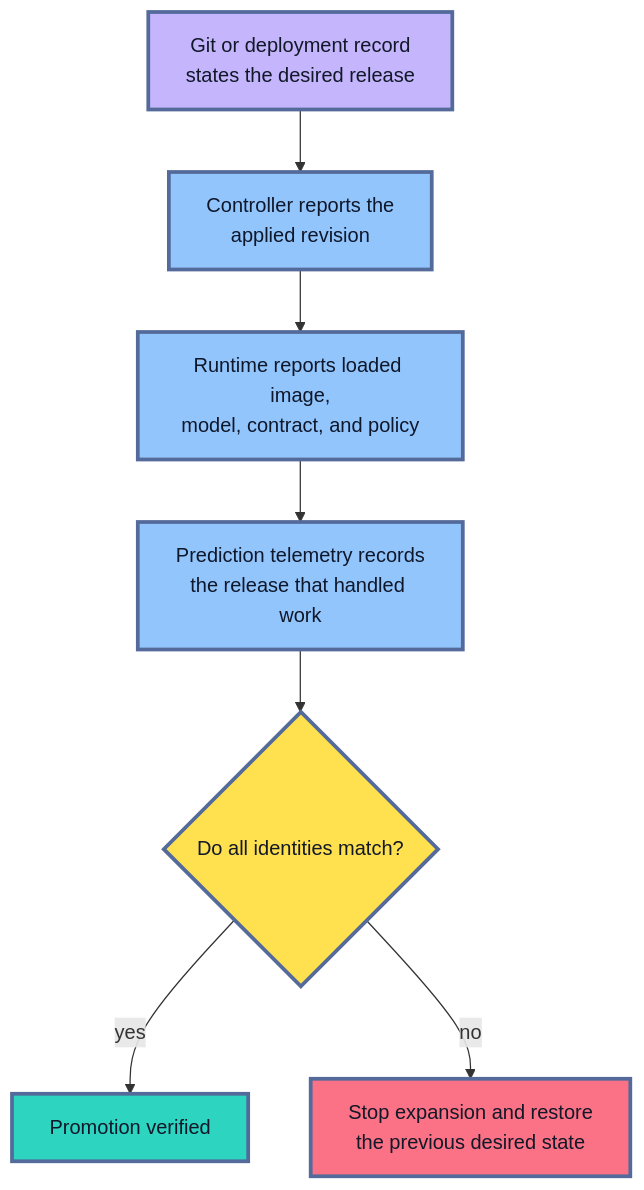
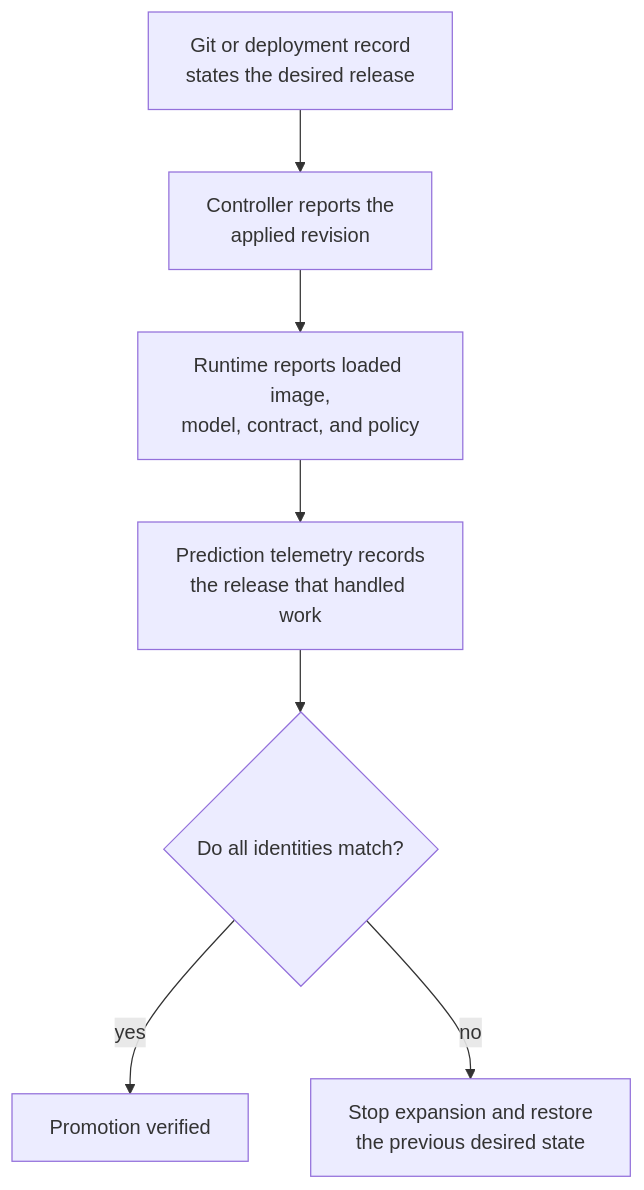
Before and after one commit to senlinyy/dev-roadmaps: the seventh of 7 diagrams in roadmaps/mlops/modules/deployment-and-release-management/model-release-basics/03-artifact-promotion.md, drawn with Mermaid. The commit also changed other lines of this file and 152 other files, not shown here.

Commit message:
feat: mlops and diagrams updated

````diff
--- a/roadmaps/mlops/modules/deployment-and-release-management/model-release-basics/03-artifact-promotion.md
+++ b/roadmaps/mlops/modules/deployment-and-release-management/model-release-basics/03-artifact-promotion.md
@@ -353,20 +336,15 @@
 ```mermaid
 flowchart TD
     G["Git or deployment record<br/>states the desired release"] --> C["Controller reports the<br/>applied revision"]
     C --> R["Runtime reports loaded image,<br/>model, contract, and policy"]
     R --> T["Prediction telemetry records<br/>the release that handled work"]
     T --> Q{"Do all identities match?"}
     Q -->|yes| P["Promotion verified"]
     Q -->|no| S["Stop expansion and restore<br/>the previous desired state"]
 
-    classDef desired fill:#C4B5FD,stroke:#536A9A,stroke-width:3px,color:#111827
-    classDef observed fill:#93C5FD,stroke:#536A9A,stroke-width:3px,color:#0F172A
-    classDef choice fill:#FFE04F,stroke:#536A9A,stroke-width:3px,color:#111827
-    classDef pass fill:#2DD4BF,stroke:#536A9A,stroke-width:3px,color:#0F172A
-    classDef fail fill:#FB7185,stroke:#536A9A,stroke-width:3px,color:#111827
     class G desired
     class C,R,T observed
     class Q choice
     class P pass
     class S fail
 ```
````
